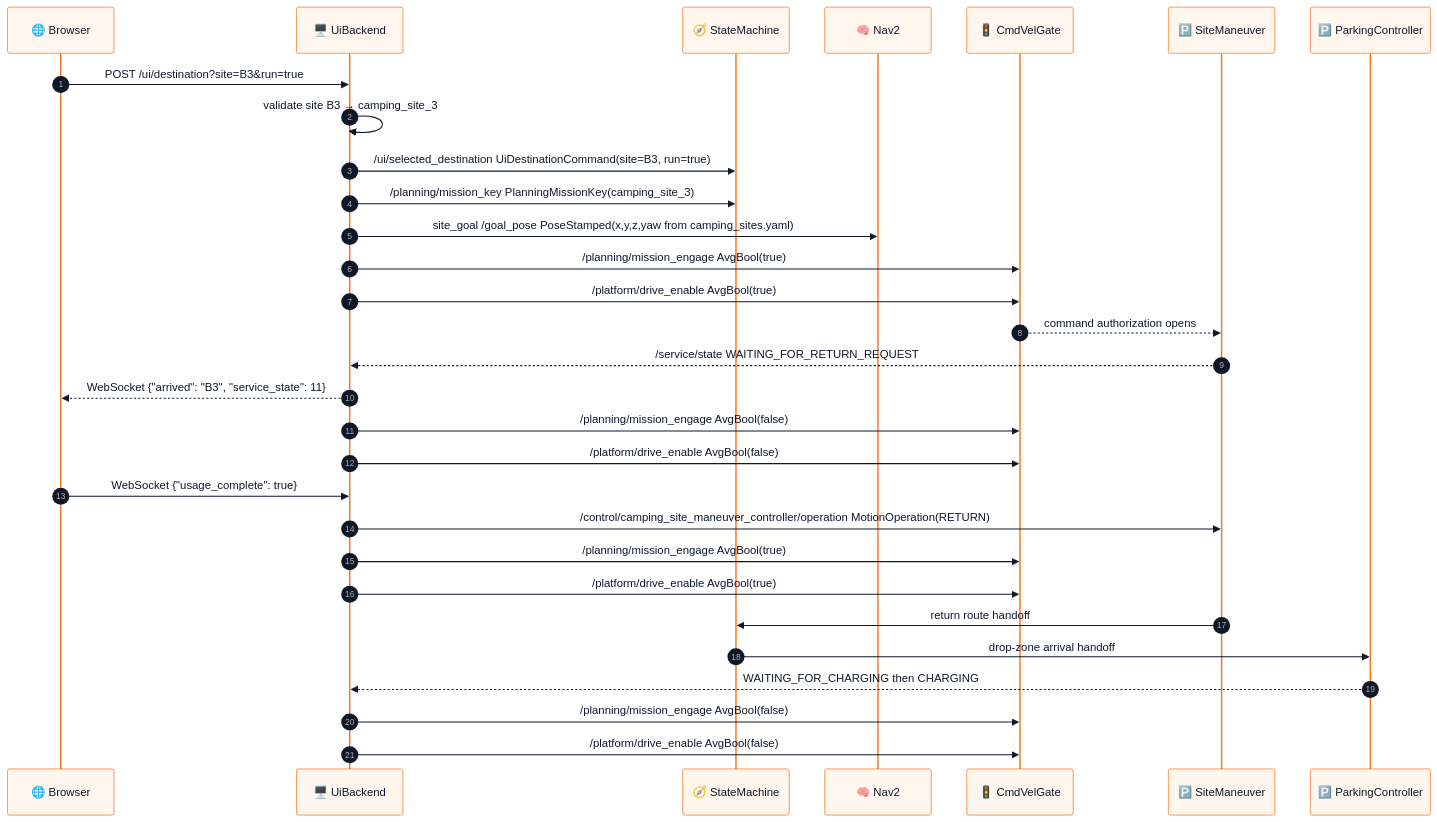
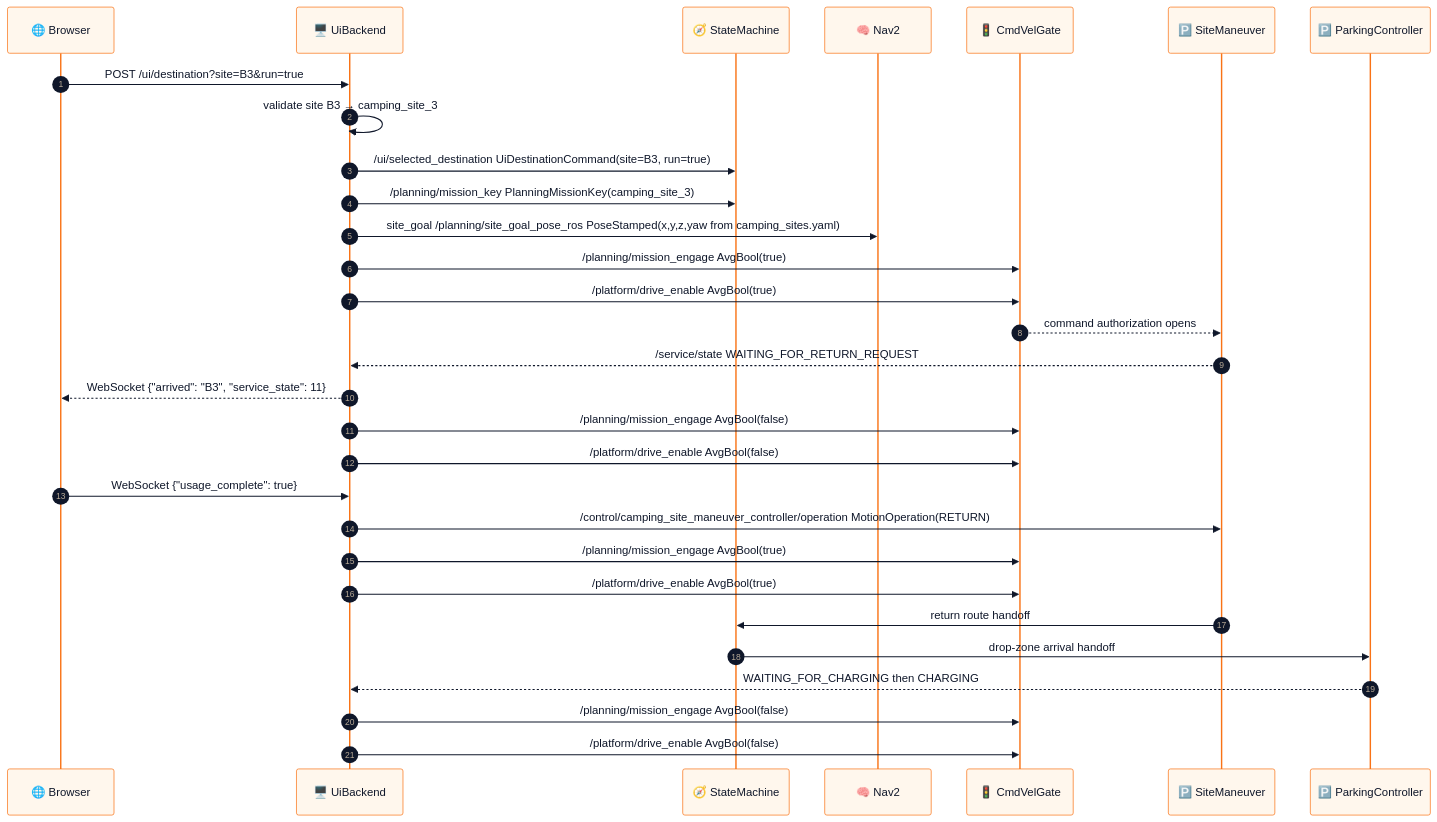
One commit to hwanhonglee/CAMROD changed the third of 5 diagrams in camrod_ui/README.md. Above: the diagram before and after it, drawn with Mermaid. The commit also changed other lines of this file and 66 other files, not shown here.

````diff
--- a/camrod_ui/README.md
+++ b/camrod_ui/README.md
@@ -131,34 +162,34 @@
 ```mermaid
 %%{init: {'theme': 'base', 'themeVariables': {'fontFamily': 'ui-sans-serif, system-ui, sans-serif', 'fontSize': '14px', 'primaryColor': '#FFF7ED', 'primaryTextColor': '#0F172A', 'primaryBorderColor': '#F97316', 'lineColor': '#475569'}}}%%
 sequenceDiagram
   autonumber
   participant Browser as 🌐 Browser
   participant Backend as 🖥️ UiBackend
   participant SM as 🧭 StateMachine
   participant Nav2 as 🧠 Nav2
   participant Gate as 🚦 CmdVelGate
   participant Control as 🅿️ SiteManeuver
   participant Parking as 🅿️ ParkingController
 
   Browser->>Backend: POST /ui/destination?site=B3&run=true
   Backend->>Backend: validate site B3 → camping_site_3
   Backend->>SM: /ui/selected_destination UiDestinationCommand(site=B3, run=true)
   Backend->>SM: /planning/mission_key PlanningMissionKey(camping_site_3)
-  Backend->>Nav2: site_goal /goal_pose PoseStamped(x,y,z,yaw from camping_sites.yaml)
+  Backend->>Nav2: site_goal /planning/site_goal_pose_ros PoseStamped(x,y,z,yaw from camping_sites.yaml)
   Backend->>Gate: /planning/mission_engage AvgBool(true)
   Backend->>Gate: /platform/drive_enable AvgBool(true)
   Gate-->>Control: command authorization opens
   Control-->>Backend: /service/state WAITING_FOR_RETURN_REQUEST
   Backend-->>Browser: WebSocket {"arrived": "B3", "service_state": 11}
   Backend->>Gate: /planning/mission_engage AvgBool(false)
   Backend->>Gate: /platform/drive_enable AvgBool(false)
   Browser->>Backend: WebSocket {"usage_complete": true}
   Backend->>Control: /control/camping_site_maneuver_controller/operation MotionOperation(RETURN)
   Backend->>Gate: /planning/mission_engage AvgBool(true)
   Backend->>Gate: /platform/drive_enable AvgBool(true)
   Control->>SM: return route handoff
   SM->>Parking: drop-zone arrival handoff
   Parking-->>Backend: WAITING_FOR_CHARGING then CHARGING
   Backend->>Gate: /planning/mission_engage AvgBool(false)
   Backend->>Gate: /platform/drive_enable AvgBool(false)
 ```
````
